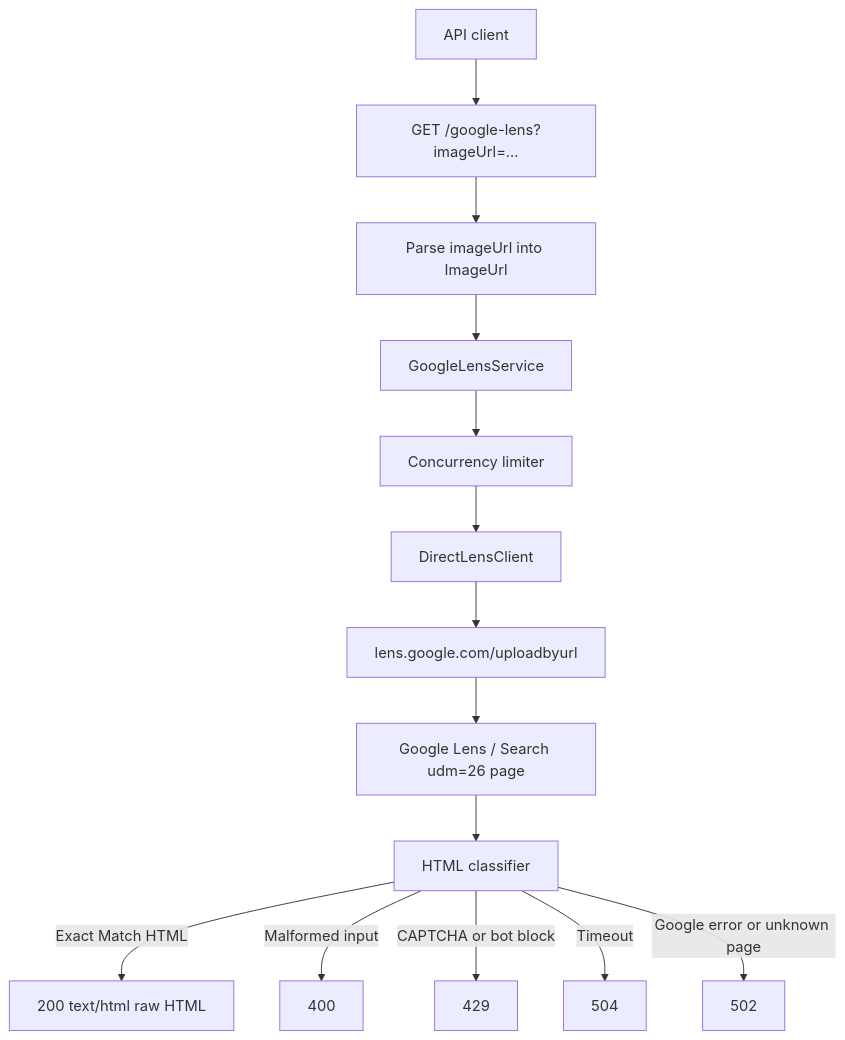
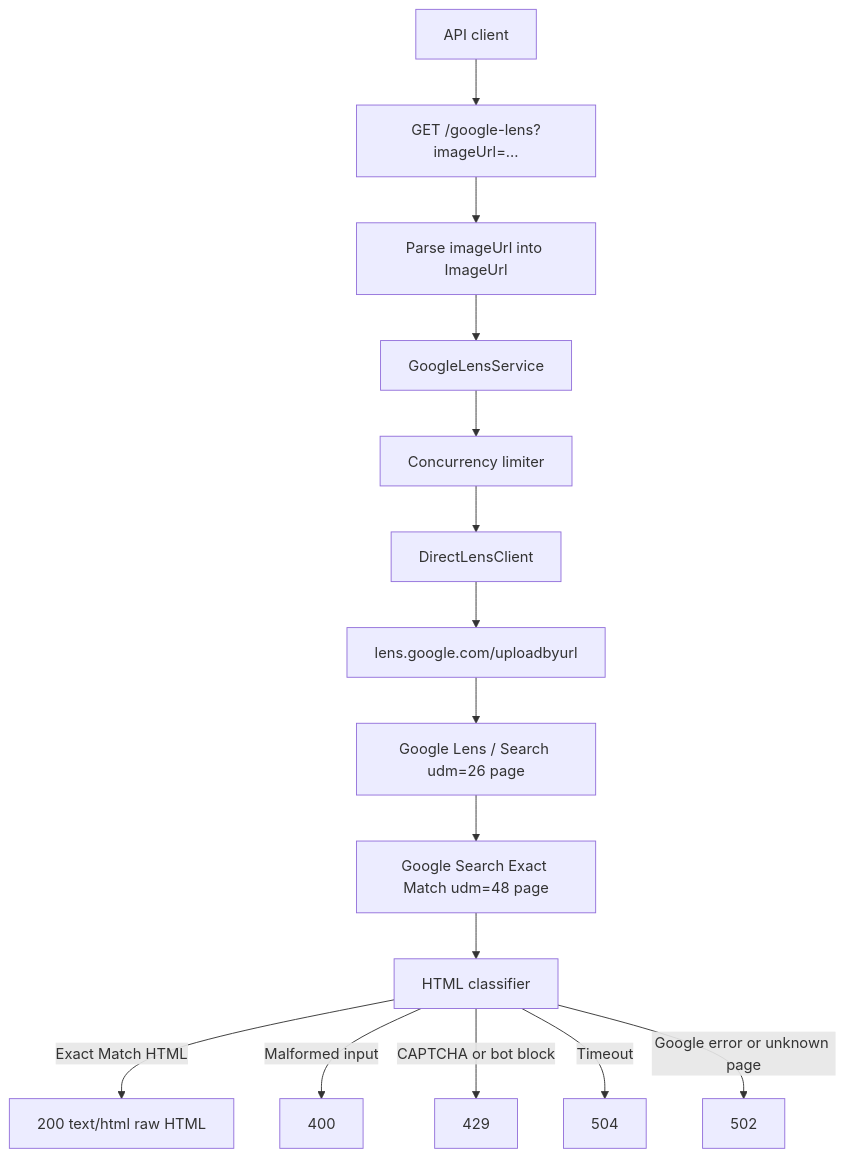
Before and after one commit to trumandaniels/API-for-Google-Lens: the diagram in README.md, drawn with Mermaid. The commit also changed other lines of this file and 10 other files, not shown here.

````diff
--- a/README.md
+++ b/README.md
@@ -55,16 +60,17 @@
 ```mermaid
 flowchart TD
     Client["API client"] --> Route["GET /google-lens?imageUrl=..."]
     Route --> Parse["Parse imageUrl into ImageUrl"]
     Parse --> Service["GoogleLensService"]
     Service --> Limit["Concurrency limiter"]
     Limit --> Direct["DirectLensClient"]
     Direct --> Lens["lens.google.com/uploadbyurl"]
     Lens --> Search["Google Lens / Search udm=26 page"]
-    Search --> Classifier["HTML classifier"]
+    Search --> Exact["Google Search Exact Match udm=48 page"]
+    Exact --> Classifier["HTML classifier"]
     Classifier -->|Exact Match HTML| Success["200 text/html raw HTML"]
     Classifier -->|Malformed input| BadRequest["400"]
     Classifier -->|CAPTCHA or bot block| Blocked["429"]
     Classifier -->|Timeout| Timeout["504"]
     Classifier -->|Google error or unknown page| UpstreamError["502"]
 ```
````
